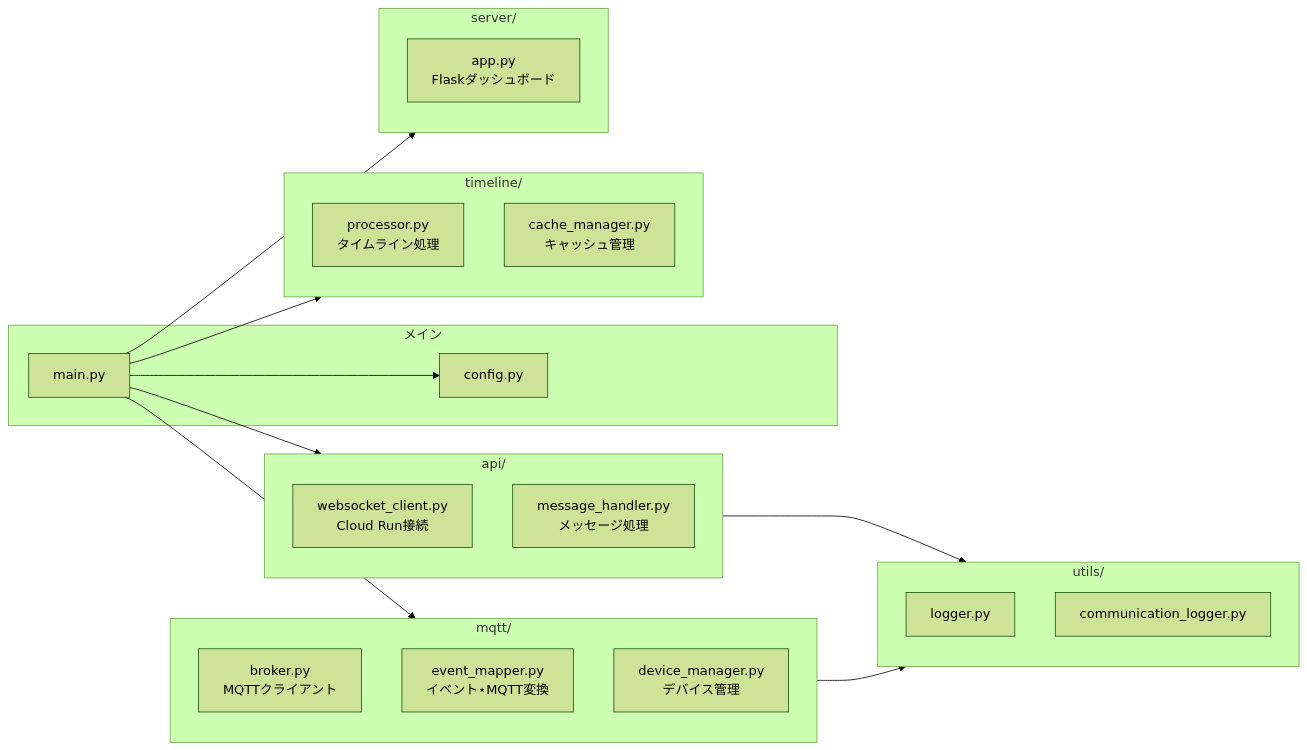
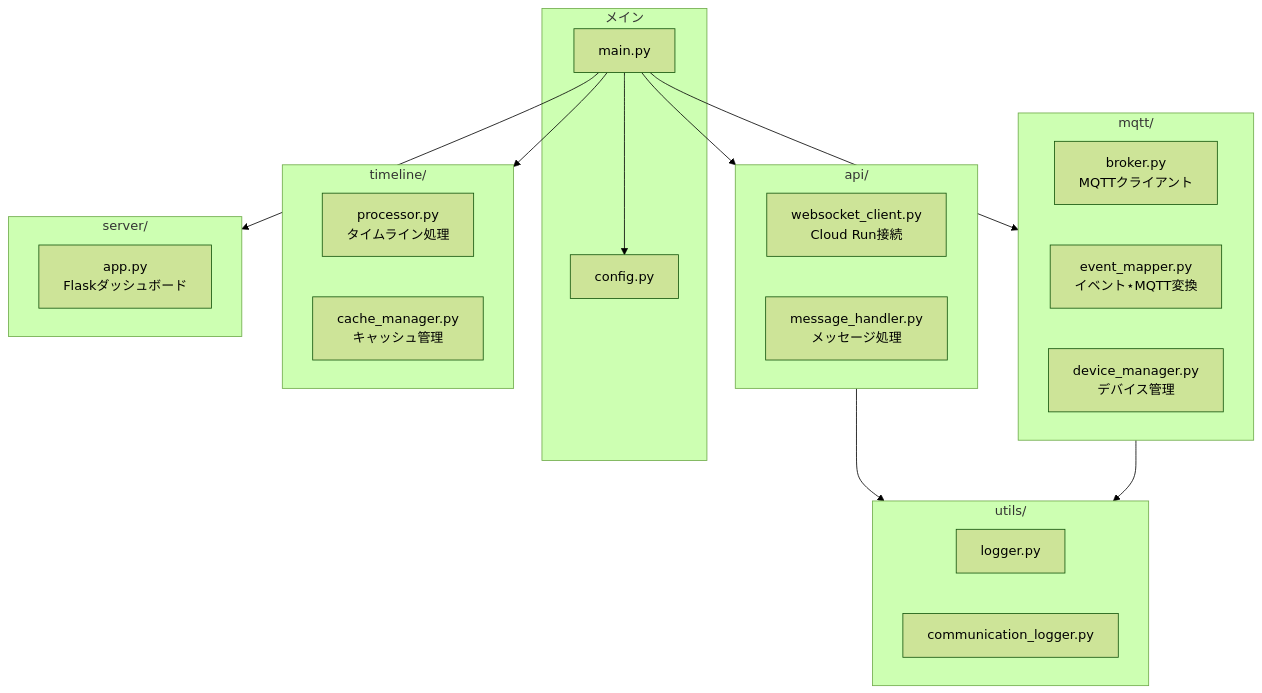
Before and after one commit to jphacks/kz_2504: the first of 6 diagrams in docs/hardware-specification-awardday.md, drawn with Mermaid (forest theme). The commit also changed 4 other files, not shown here.

Commit message:
Mermaid記法の図をさらに見やすく

````diff
--- a/docs/hardware-specification-awardday.md
+++ b/docs/hardware-specification-awardday.md
@@ -240,40 +240,40 @@
 ```mermaid
-flowchart LR
+flowchart TB
     subgraph Main["メイン"]
         M[main.py]
         C[config.py]
     end
     
     subgraph API["api/"]
         WS[websocket_client.py<br/>Cloud Run接続]
         MH[message_handler.py<br/>メッセージ処理]
     end
     
     subgraph MQTT["mqtt/"]
         BR[broker.py<br/>MQTTクライアント]
         EM[event_mapper.py<br/>イベント⋆MQTT変換]
         DM[device_manager.py<br/>デバイス管理]
     end
     
     subgraph Timeline["timeline/"]
         TP[processor.py<br/>タイムライン処理]
         CM[cache_manager.py<br/>キャッシュ管理]
     end
     
     subgraph Server["server/"]
         FL[app.py<br/>Flaskダッシュボード]
     end
     
     subgraph Utils["utils/"]
         LG[logger.py]
         CL[communication_logger.py]
     end
     
     M --> C
     M --> API
     M --> MQTT
     M --> Timeline
     M --> Server
     API --> Utils
     MQTT --> Utils
 ```
````
